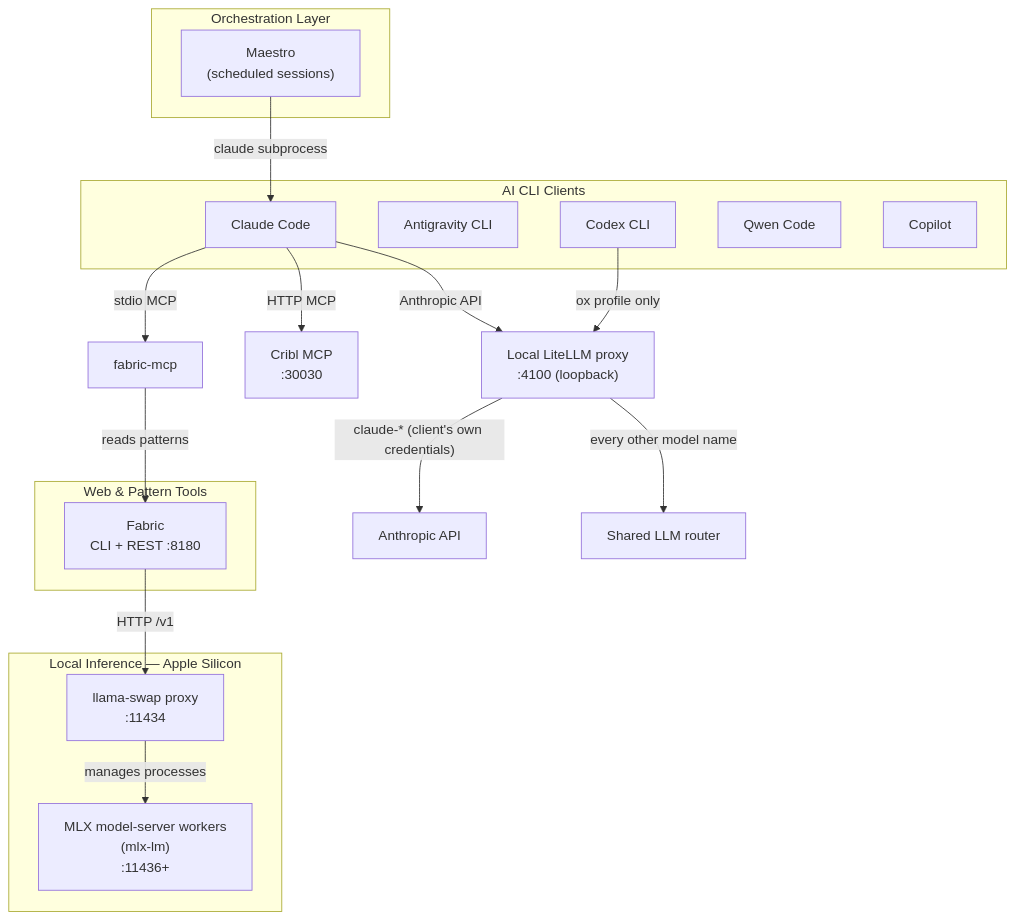
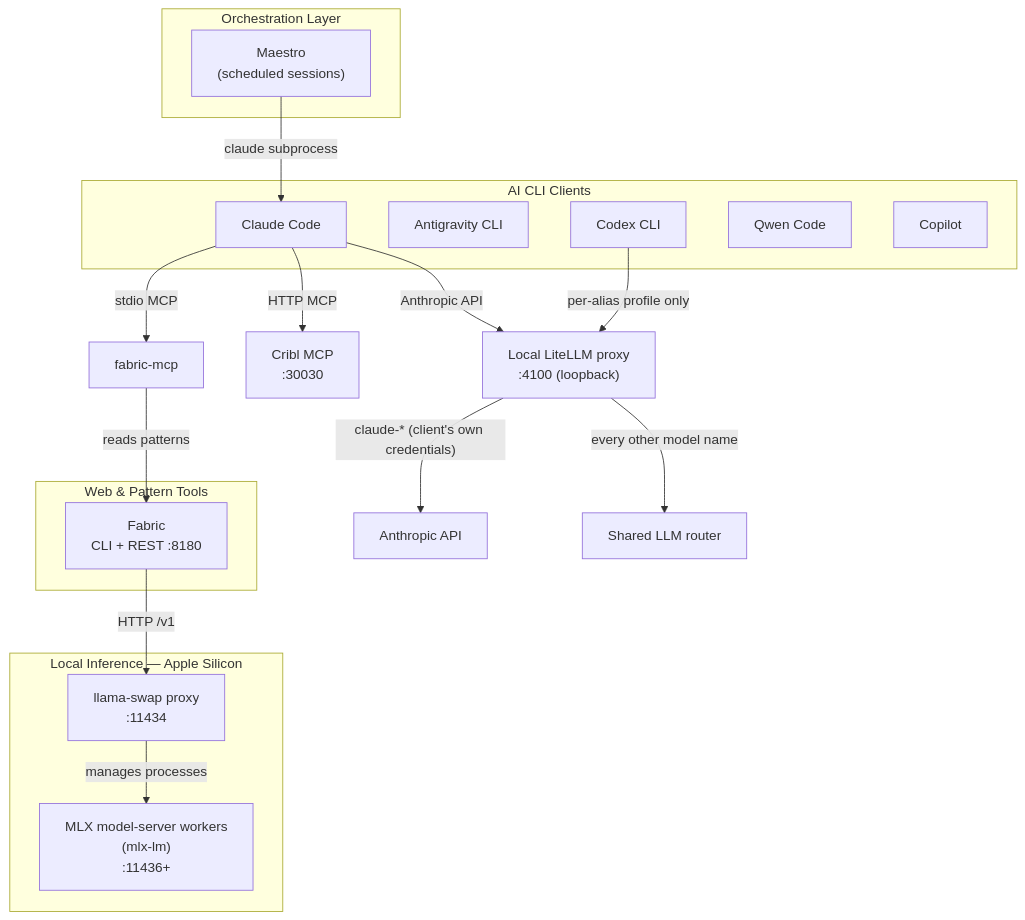
Before and after one commit to dryvist/nix-ai: the first of 4 diagrams in docs/architecture/system-integration-map.md, drawn with Mermaid. The commit also changed 11 other files, not shown here.

````diff
--- a/docs/architecture/system-integration-map.md
+++ b/docs/architecture/system-integration-map.md
@@ -11,38 +11,38 @@
 ```mermaid
 graph TD
     subgraph Clients["AI CLI Clients"]
         CC["Claude Code"]
         GEM["Antigravity CLI"]
         CDX["Codex CLI"]
         QWEN["Qwen Code"]
         COP["Copilot"]
     end
 
     subgraph Orchestration["Orchestration Layer"]
         MAE["Maestro\n(scheduled sessions)"]
     end
 
     subgraph LocalInference["Local Inference — Apple Silicon"]
         LS["llama-swap proxy\n:11434"]
         WORKERS["MLX model-server workers\n(mlx-lm)\n:11436+"]
     end
 
     subgraph WebTools["Web & Pattern Tools"]
         FAB["Fabric\nCLI + REST :8180"]
     end
 
     CC -->|stdio MCP| FAB_MCP["fabric-mcp"]
     CC -->|HTTP MCP| CRIBL["Cribl MCP\n:30030"]
     MAE -->|claude subprocess| CC
 
     CC -->|Anthropic API| LL["Local LiteLLM proxy\n:4100 (loopback)"]
-    CDX -->|ox profile only| LL
+    CDX -->|per-alias profile only| LL
     LL -->|"claude-* (client's own credentials)"| ANTH["Anthropic API"]
     LL -->|"every other model name"| ROUTER["Shared LLM router"]
 
     FAB_MCP -->|reads patterns| FAB
 
     FAB -->|HTTP /v1| LS
 
     LS -->|manages processes| WORKERS
 ```
````
